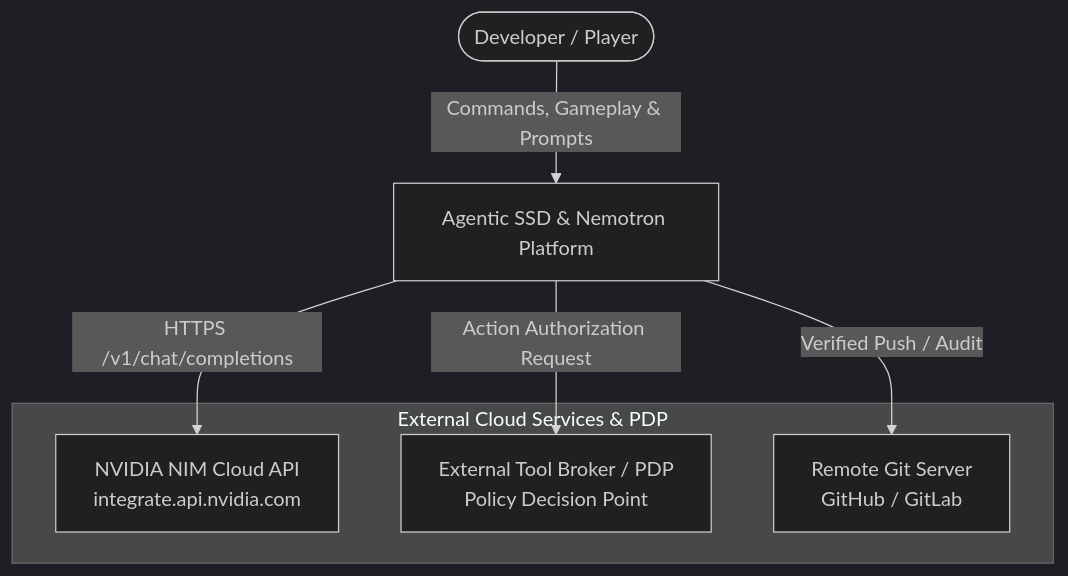
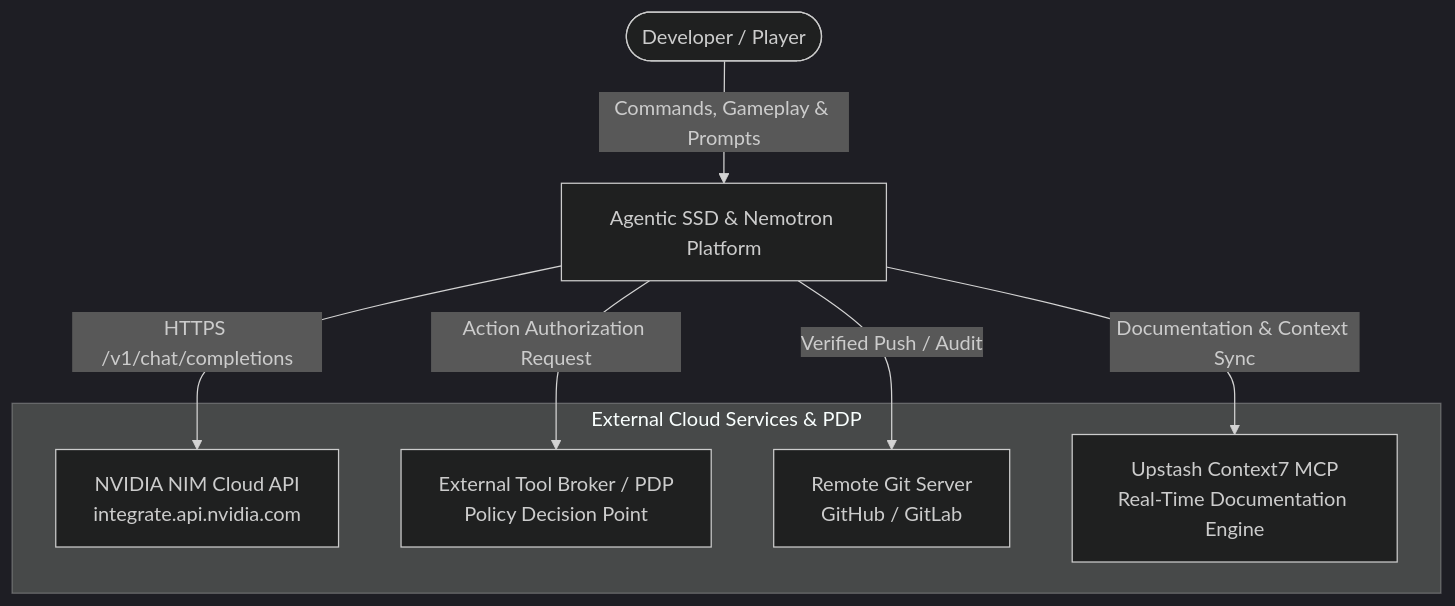
One commit to ianshank/Mango_Code_Agent-Harness changed the first of 5 diagrams in harness/docs/C4_ARCHITECTURE.md. Above: the diagram before and after it, drawn with Mermaid (dark theme). The commit also changed other lines of this file and 42 other files, not shown here.

Commit message:
chore(governance): update aqa matrix, c4 architecture, docs, and clean pre-pr gates

````diff
--- a/harness/docs/C4_ARCHITECTURE.md
+++ b/harness/docs/C4_ARCHITECTURE.md
@@ -13,14 +13,16 @@
 ```mermaid
 graph TD
     User([Developer / Player]) -->|Commands, Gameplay & Prompts| Platform[Agentic SSD & Nemotron Platform]
     
     subgraph "External Cloud Services & PDP"
         NIM[NVIDIA NIM Cloud API<br/>integrate.api.nvidia.com]
         ExtPDP[External Tool Broker / PDP<br/>Policy Decision Point]
         GitServer[Remote Git Server<br/>GitHub / GitLab]
+        Context7[Upstash Context7 MCP<br/>Real-Time Documentation Engine]
     end
 
     Platform -->|HTTPS /v1/chat/completions| NIM
     Platform -->|Action Authorization Request| ExtPDP
     Platform -->|Verified Push / Audit| GitServer
+    Platform -->|Documentation & Context Sync| Context7
 ```
````
